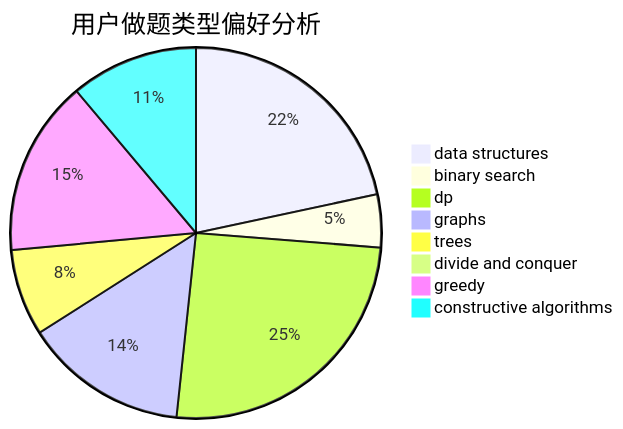
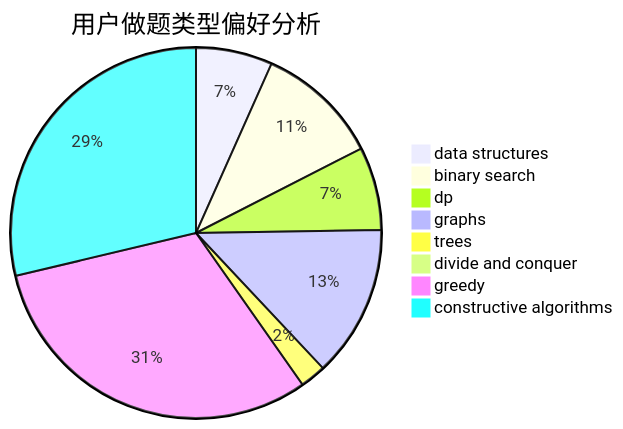
Before and after one commit to sherpahu/cfrs.github.io: the second of 3 diagrams in docs/user/u369.md, drawn with Mermaid. The commit also changed other lines of this file and 2770 other files, not shown here.

````diff
--- a/docs/user/u369.md
+++ b/docs/user/u369.md
@@ -23,11 +23,11 @@
 ```mermaid
 pie title 用户做题类型偏好分析
-    "data structures" :  103
-    "binary search" :  22
-    "dp" :  121
-    "graphs" :  68
-    "trees" :  36
-    "divide and conquer" :  0
-    "greedy" :  73
-    "constructive algorithms" :  53
+    "data structures" :  136
+    "binary search" :  220
+    "dp" :  148
+    "graphs" :  270
+    "trees" :  46
+    "divide and conquer" :  13
+    "greedy" :  632
+    "constructive algorithms" :  585
 ```
````
